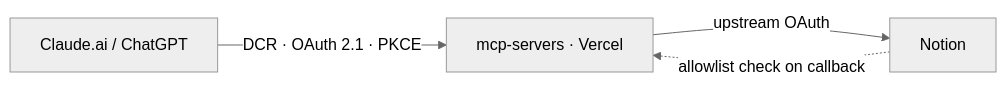
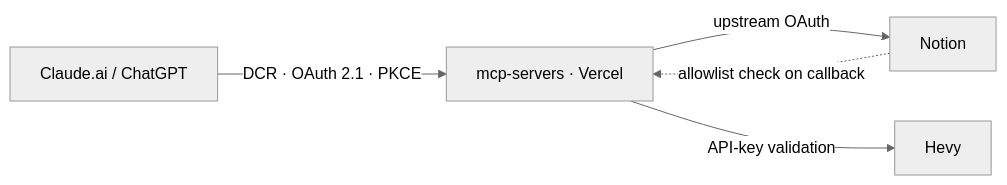
Before and after one commit to kincaidoneil/mcp-servers: the diagram in README.md, drawn with Mermaid (neutral theme). The commit also changed other lines of this file and 25 other files, not shown here.

````diff
--- a/README.md
+++ b/README.md
@@ -29,10 +60,12 @@
 ```mermaid
 flowchart LR
     client["Claude.ai / ChatGPT"]
     bridge["mcp-servers · Vercel"]
     notion["Notion"]
+    hevy["Hevy"]
 
     client -->|"DCR · OAuth 2.1 · PKCE"| bridge
     bridge -->|"upstream OAuth"| notion
     notion -.->|"allowlist check on callback"| bridge
+    bridge -->|"API-key validation"| hevy
 ```
````
